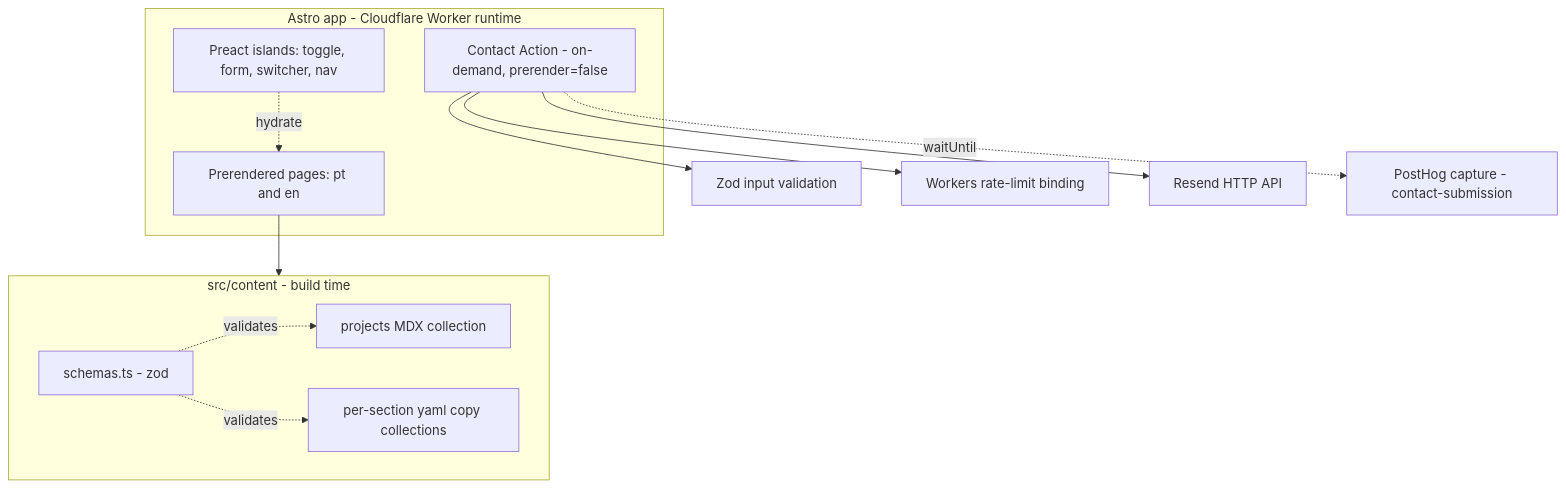
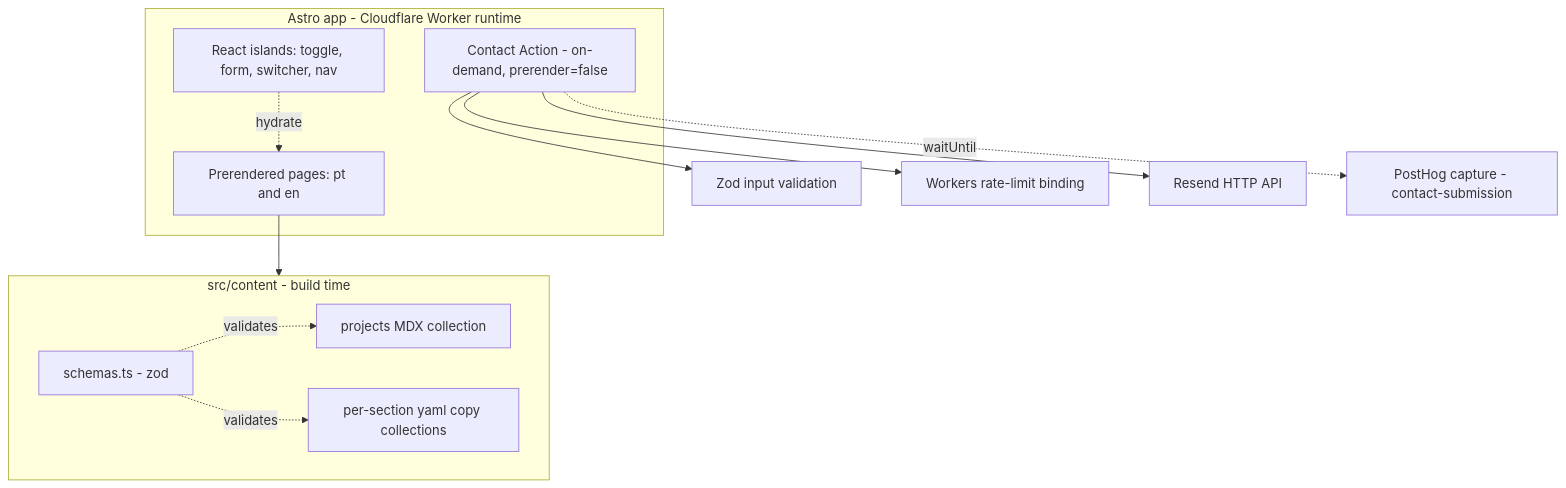
One commit to adeonir/adeonir.dev changed the first of 3 diagrams in docs/tech/design.md. Above: the diagram before and after it, drawn with Mermaid. The commit also changed other lines of this file and 2 other files, not shown here.

Commit message:
docs: record react islands runtime decision as adr-001

````diff
--- a/docs/tech/design.md
+++ b/docs/tech/design.md
@@ -74,21 +74,21 @@
 ```mermaid
 flowchart TD
   subgraph App[Astro app - Cloudflare Worker runtime]
     Pages[Prerendered pages: pt and en]
     Action[Contact Action - on-demand, prerender=false]
-    Islands[Preact islands: toggle, form, switcher, nav]
+    Islands[React islands: toggle, form, switcher, nav]
   end
   subgraph Content[src/content - build time]
     MDX[projects MDX collection]
     Copy[per-section yaml copy collections]
     Schemas[schemas.ts - zod]
   end
   Pages --> Content
   Schemas -. validates .-> MDX
   Schemas -. validates .-> Copy
   Islands -. hydrate .-> Pages
   Action --> Zod[Zod input validation]
   Action --> RL[Workers rate-limit binding]
   Action --> Resend[Resend HTTP API]
   Action -. waitUntil .-> PostHog[PostHog capture - contact-submission]
 ```
````
